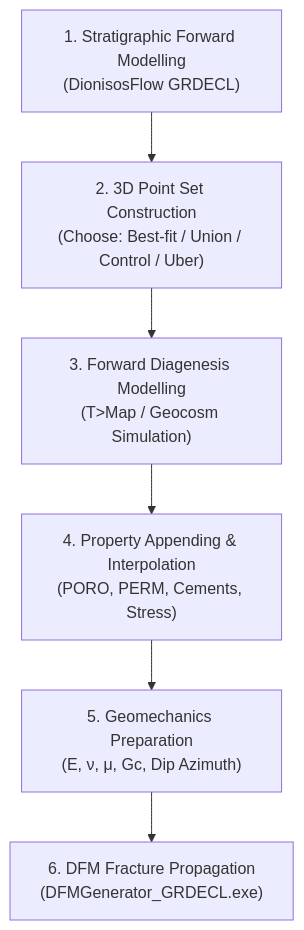
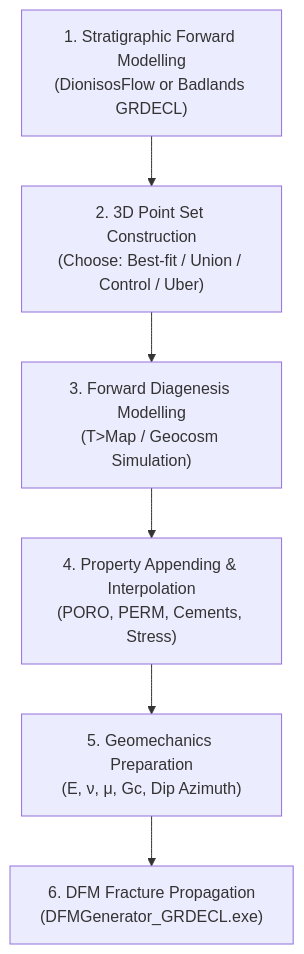
One commit to floriansmit/go-forward changed the diagram in docs/workflows/siliciclastics.md. Above: the diagram before and after it, drawn with Mermaid. The commit also changed other lines of this file and 23 other files, not shown here.

````diff
--- a/docs/workflows/siliciclastics.md
+++ b/docs/workflows/siliciclastics.md
@@ -5,8 +5,8 @@
 ```mermaid
 graph TD
-    A["1. Stratigraphic Forward Modelling<br/>(DionisosFlow GRDECL)"] --> B["2. 3D Point Set Construction<br/>(Choose: Best-fit / Union / Control / Uber)"]
+    A["1. Stratigraphic Forward Modelling<br/>(DionisosFlow or Badlands GRDECL)"] --> B["2. 3D Point Set Construction<br/>(Choose: Best-fit / Union / Control / Uber)"]
     B --> C["3. Forward Diagenesis Modelling<br/>(T>Map / Geocosm Simulation)"]
     C --> D["4. Property Appending & Interpolation<br/>(PORO, PERM, Cements, Stress)"]
     D --> E["5. Geomechanics Preparation<br/>(E, ν, μ, Gc, Dip Azimuth)"]
     E --> F["6. DFM Fracture Propagation<br/>(DFMGenerator_GRDECL.exe)"]
 ```
````
